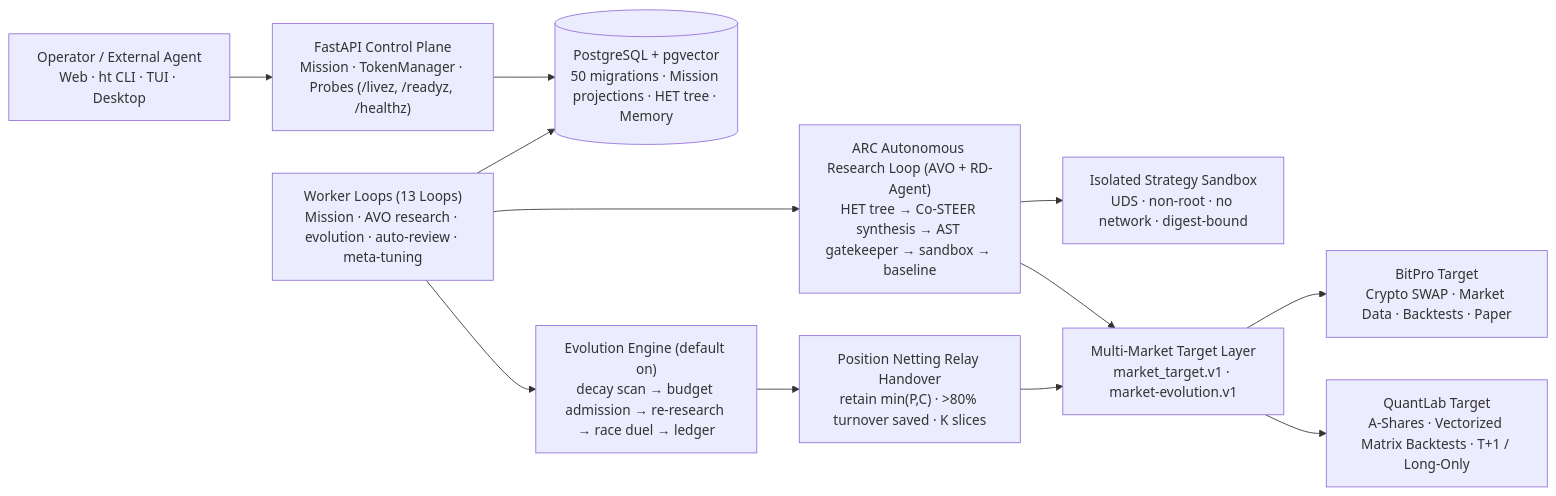
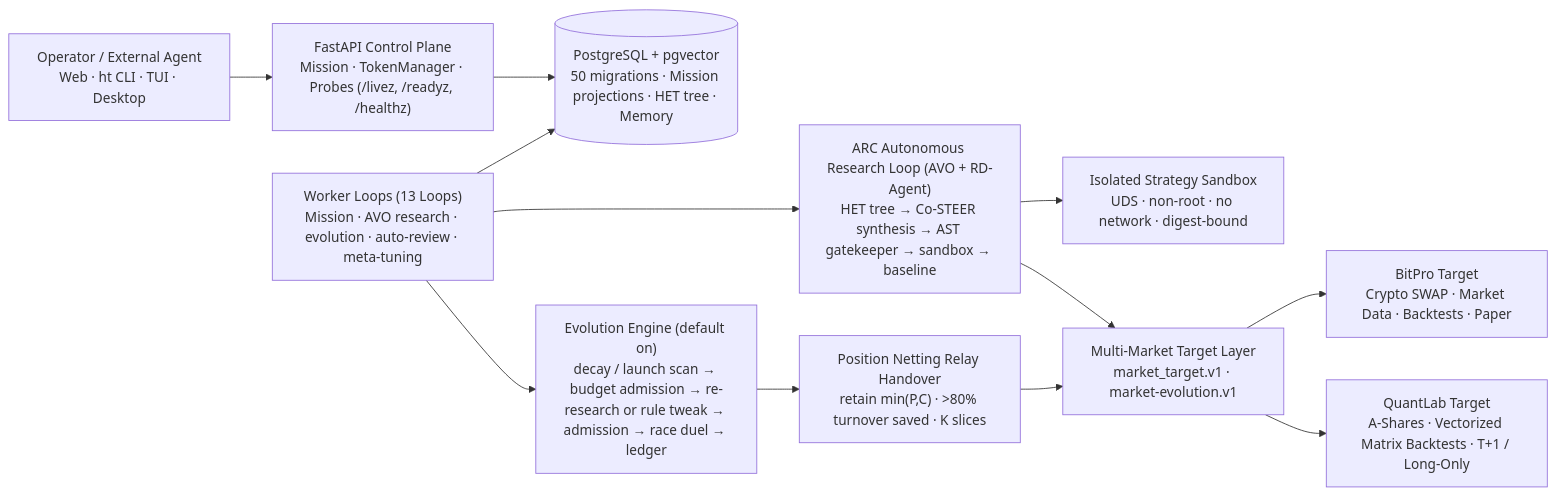
Before and after one commit to Shadowell/HyperTrade: the first of 2 diagrams in README.en.md, drawn with Mermaid. The commit also changed other lines of this file and 4 other files, not shown here.

````diff
--- a/README.en.md
+++ b/README.en.md
@@ -55,14 +55,14 @@
 ```mermaid
 flowchart LR
   Op["Operator / External Agent<br/>Web · ht CLI · TUI · Desktop"] --> API["FastAPI Control Plane<br/>Mission · TokenManager · Probes (/livez, /readyz, /healthz)"]
   API --> DB[("PostgreSQL + pgvector<br/>50 migrations · Mission projections · HET tree · Memory")]
   Worker["Worker Loops (13 Loops)<br/>Mission · AVO research · evolution · auto-review · meta-tuning"] --> DB
   Worker --> Research["ARC Autonomous Research Loop (AVO + RD-Agent)<br/>HET tree → Co-STEER synthesis → AST gatekeeper → sandbox → baseline"]
-  Worker --> Evolution["Evolution Engine (default on)<br/>decay scan → budget admission → re-research → race duel → ledger"]
+  Worker --> Evolution["Evolution Engine (default on)<br/>decay / launch scan → budget admission → re-research or rule tweak → admission → race duel → ledger"]
   Research --> Sandbox["Isolated Strategy Sandbox<br/>UDS · non-root · no network · digest-bound"]
   Research --> Targets["Multi-Market Target Layer<br/>market_target.v1 · market-evolution.v1"]
   Evolution --> Relay["Position Netting Relay Handover<br/>retain min(P,C) · >80% turnover saved · K slices"]
   Relay --> Targets
   Targets --> BitPro["BitPro Target<br/>Crypto SWAP · Market Data · Backtests · Paper"]
   Targets --> QuantLab["QuantLab Target<br/>A-Shares · Vectorized Matrix Backtests · T+1 / Long-Only"]
 ```
````
